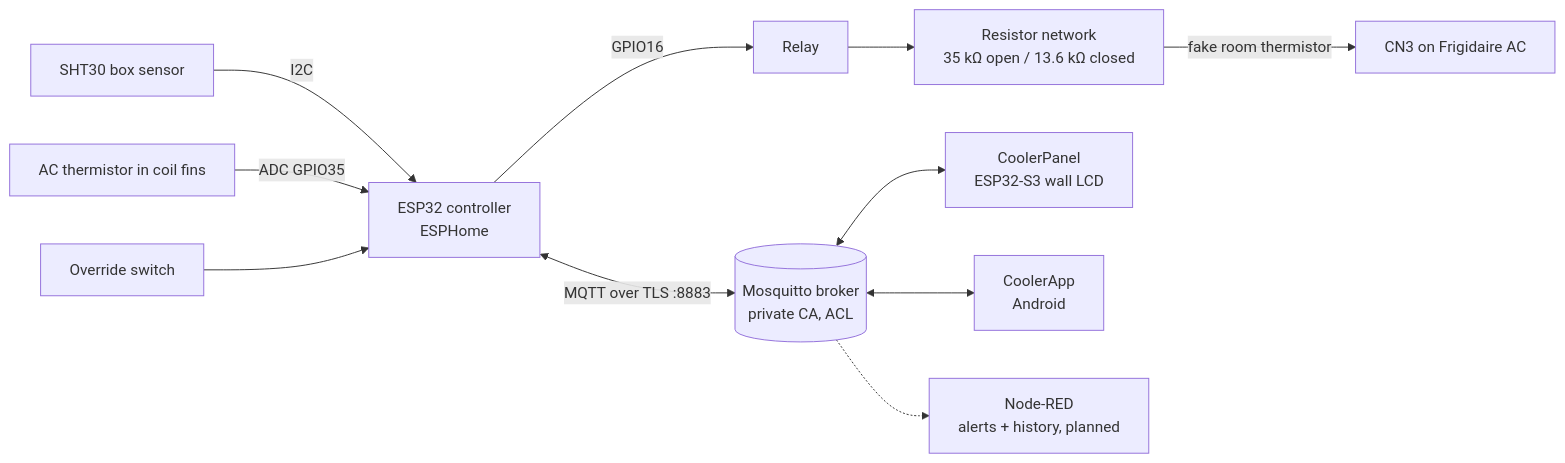
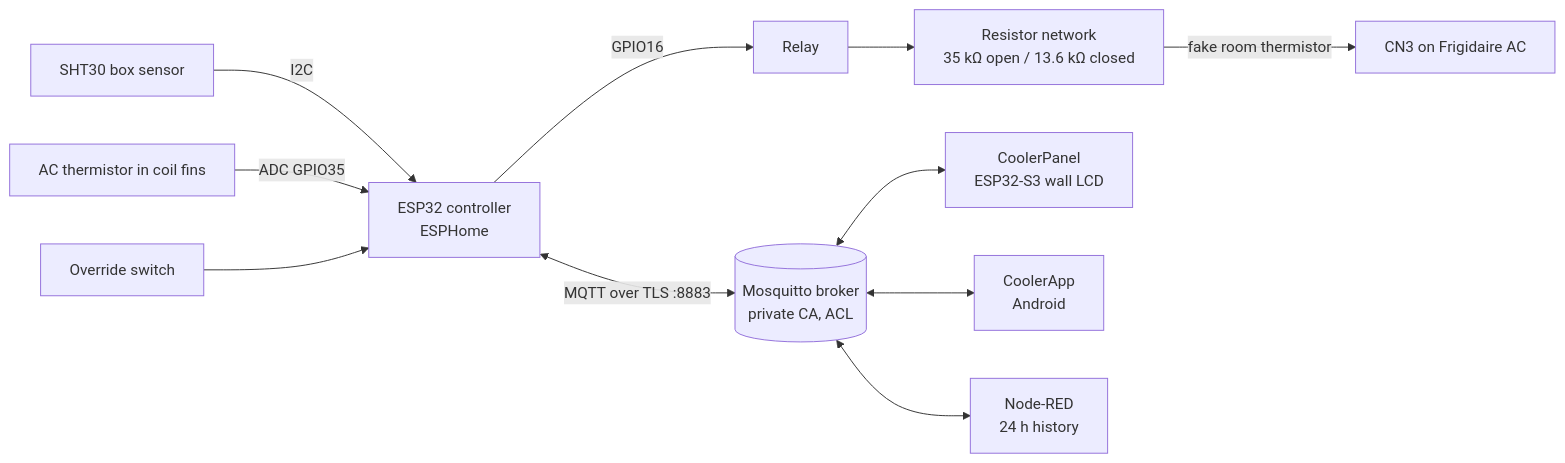
The diagram in README.md (darrylburke/CoolerBot32), drawn with Mermaid before and after one commit. The commit also changed other lines of this file and 5 other files, not shown here.

Commit message:
feat(nodered): 24-hour history flow on cooler/history

````diff
--- a/README.md
+++ b/README.md
@@ -5,13 +5,13 @@
 ```mermaid
 flowchart LR
     SHT[SHT30 box sensor] -->|I2C| ESP
     FIN[AC thermistor in coil fins] -->|ADC GPIO35| ESP
     SW[Override switch] --> ESP
     ESP[ESP32 controller<br/>ESPHome] -->|GPIO16| RLY[Relay]
     RLY --> NET[Resistor network<br/>35 kΩ open / 13.6 kΩ closed]
     NET -->|fake room thermistor| CN3[CN3 on Frigidaire AC]
     ESP <-->|MQTT over TLS :8883| BRK[(Mosquitto broker<br/>private CA, ACL)]
     BRK <--> PANEL[CoolerPanel<br/>ESP32-S3 wall LCD]
     BRK <--> APP[CoolerApp<br/>Android]
-    BRK -.-> NR[Node-RED<br/>alerts + history, planned]
+    BRK <--> NR[Node-RED<br/>24 h history]
 ```
````
